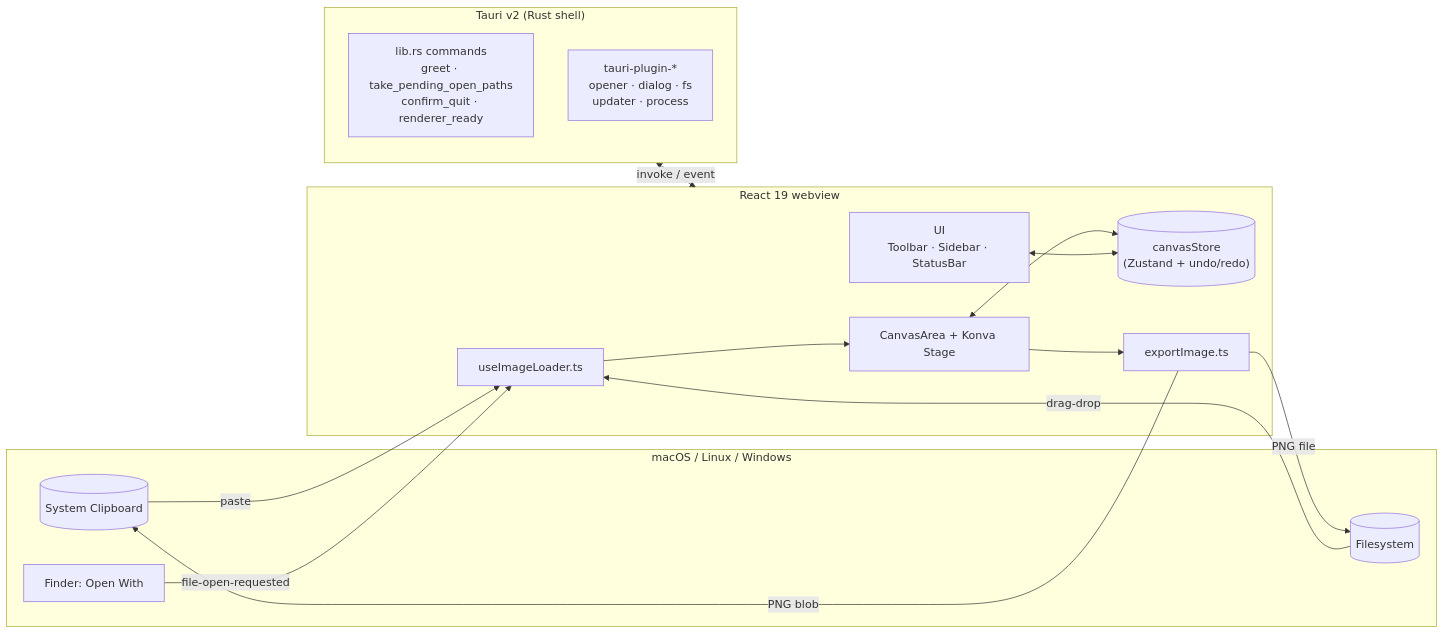
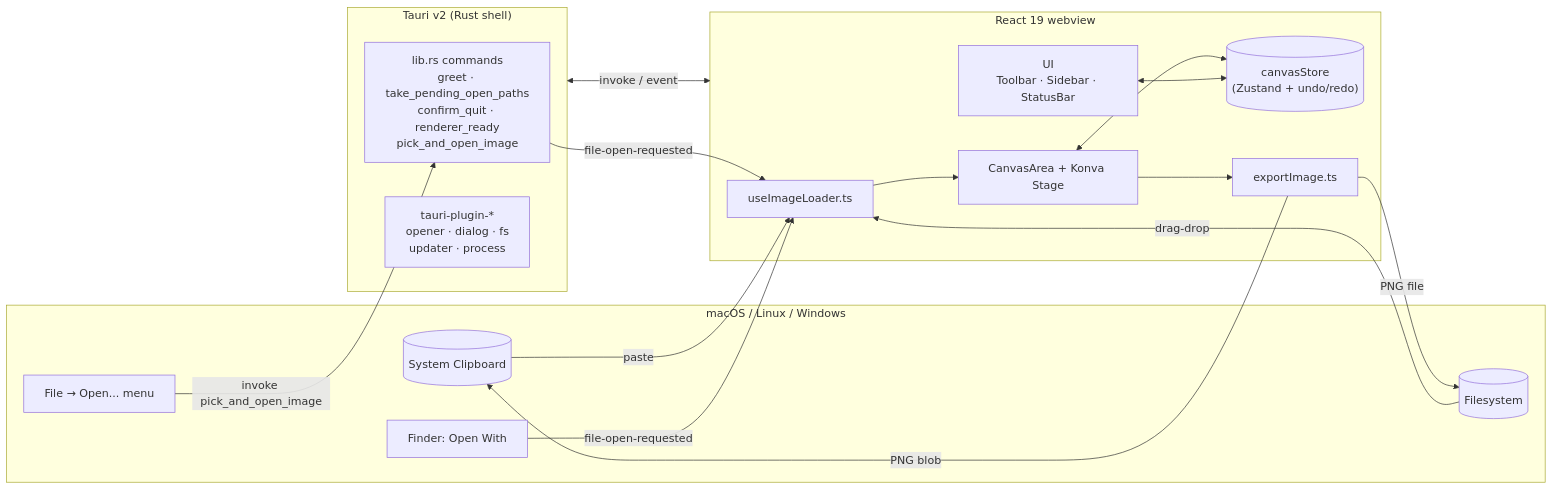
Before and after one commit to takecy/marianne: the first of 5 diagrams in site/src/content/docs/architecture.mdx, drawn with Mermaid. The commit also changed other lines of this file and 62 other files, not shown here.

````diff
--- a/site/src/content/docs/architecture.mdx
+++ b/site/src/content/docs/architecture.mdx
@@ -12,32 +12,35 @@
 ```mermaid
 graph LR
   subgraph OS["macOS / Linux / Windows"]
     Clipboard[(System Clipboard)]
     Filesystem[(Filesystem)]
     Finder[Finder: Open With]
+    Menubar[File → Open... menu]
   end
 
   subgraph Tauri["Tauri v2 (Rust shell)"]
-    RustCmds["lib.rs commands<br/>greet · take_pending_open_paths<br/>confirm_quit · renderer_ready"]
+    RustCmds["lib.rs commands<br/>greet · take_pending_open_paths<br/>confirm_quit · renderer_ready<br/>pick_and_open_image"]
     Plugins["tauri-plugin-*<br/>opener · dialog · fs<br/>updater · process"]
   end
 
   subgraph Webview["React 19 webview"]
     UI["UI<br/>Toolbar · Sidebar · StatusBar"]
     Canvas["CanvasArea + Konva Stage"]
     Loader["useImageLoader.ts"]
     Store[("canvasStore<br/>(Zustand + undo/redo)")]
     Export["exportImage.ts"]
   end
 
   Clipboard -->|paste| Loader
   Filesystem -->|drag-drop| Loader
   Finder -->|file-open-requested| Loader
+  Menubar -->|invoke pick_and_open_image| RustCmds
+  RustCmds -->|file-open-requested| Loader
   Loader --> Canvas
   Canvas <--> Store
   UI <--> Store
   Canvas --> Export
   Export -->|PNG file| Filesystem
   Export -->|PNG blob| Clipboard
   Tauri <-->|invoke / event| Webview
 ```
````
